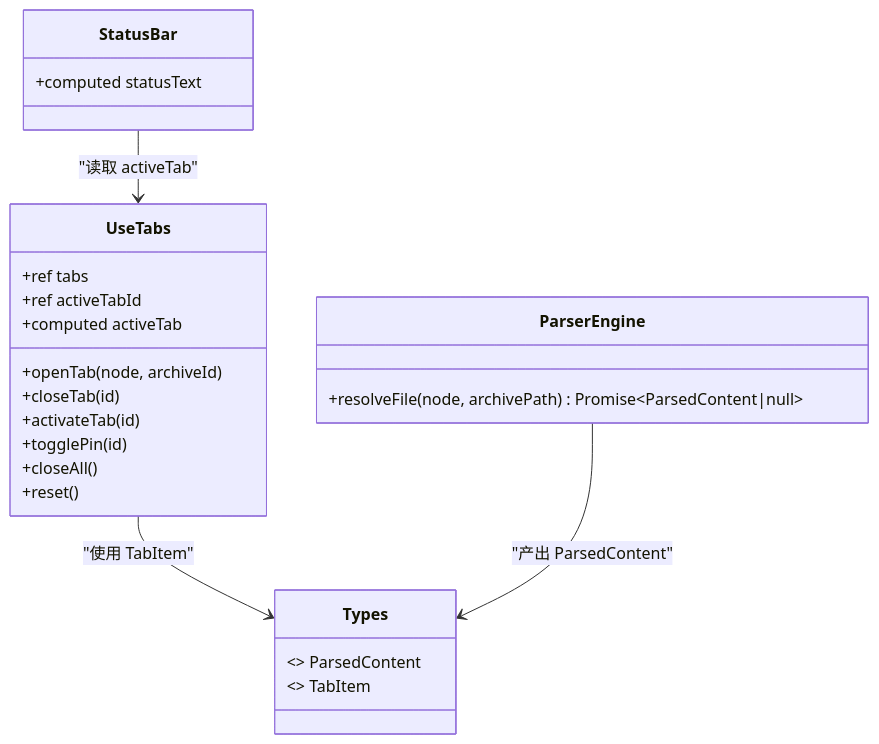
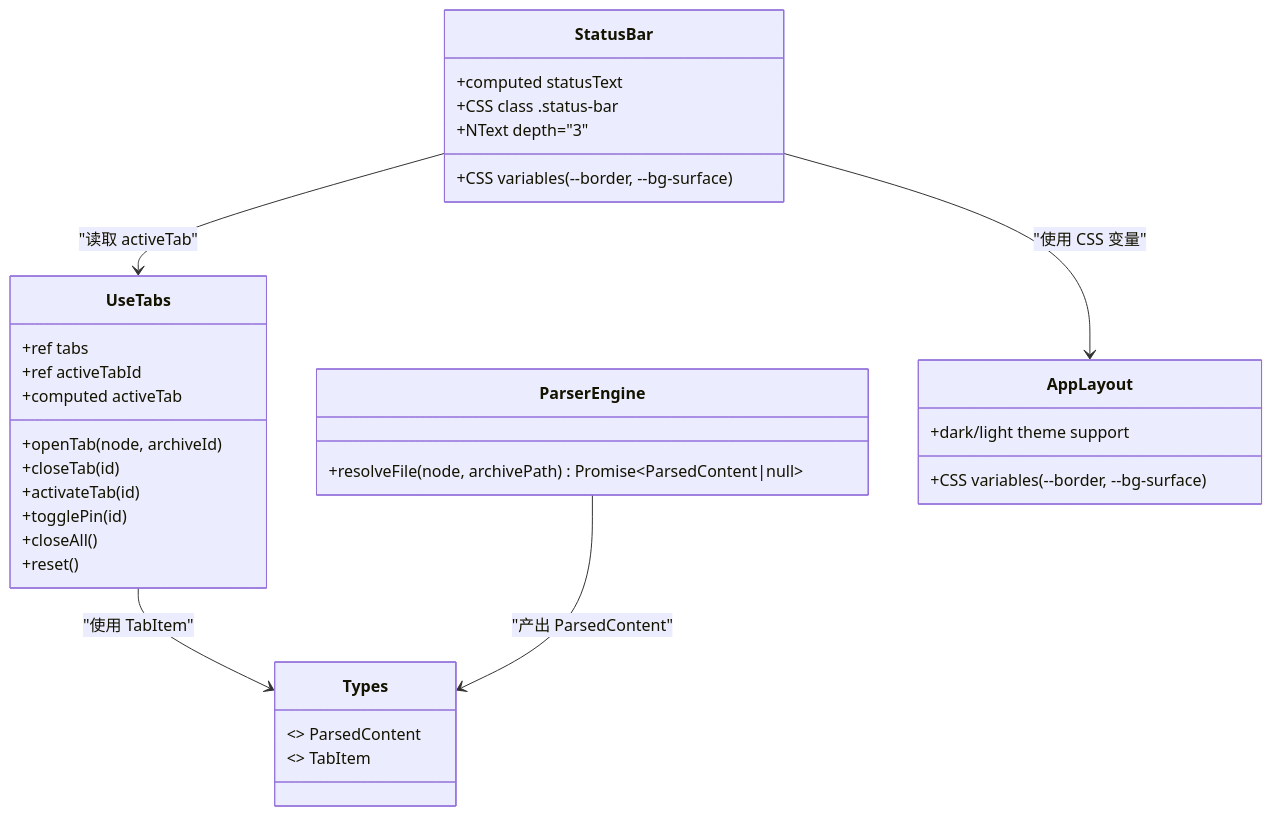
The fourth of 4 diagrams in .qoder/repowiki/zh/content/用户界面/核心组件/工作区组件/状态栏组件.md (taoweidong/Hello-Tauri), drawn with Mermaid before and after one commit. The commit also changed other lines of this file and 14 other files, not shown here.

````diff
--- a/.qoder/repowiki/zh/content/用户界面/核心组件/工作区组件/状态栏组件.md
+++ b/.qoder/repowiki/zh/content/用户界面/核心组件/工作区组件/状态栏组件.md
@@ -169,27 +222,35 @@
 ```mermaid
 classDiagram
 class StatusBar {
 +computed statusText
++CSS class .status-bar
++CSS variables (--border, --bg-surface)
++NText depth="3"
 }
 class UseTabs {
 +ref tabs
 +ref activeTabId
 +computed activeTab
 +openTab(node, archiveId)
 +closeTab(id)
 +activateTab(id)
 +togglePin(id)
 +closeAll()
 +reset()
 }
 class ParserEngine {
 +resolveFile(node, archivePath) Promise~ParsedContent|null~
 }
 class Types {
 <<interface>> ParsedContent
 <<interface>> TabItem
 }
+class AppLayout {
++CSS variables (--border, --bg-surface)
++dark/light theme support
+}
 StatusBar --> UseTabs : "读取 activeTab"
+StatusBar --> AppLayout : "使用 CSS 变量"
 UseTabs --> Types : "使用 TabItem"
 ParserEngine --> Types : "产出 ParsedContent"
 ```
````
